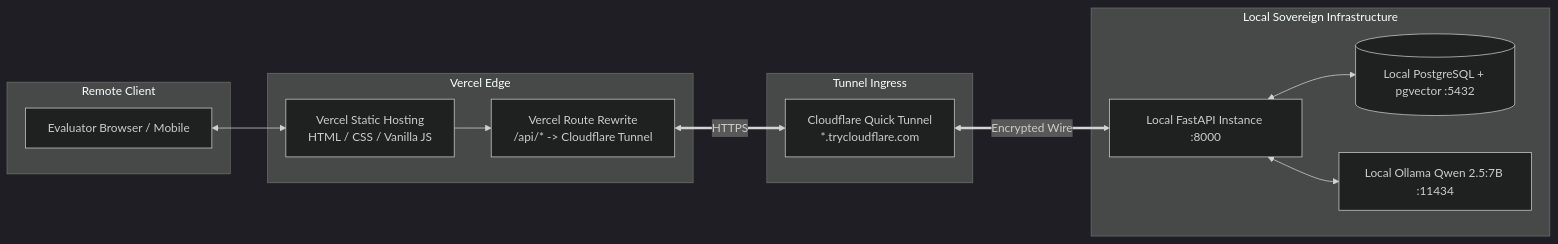
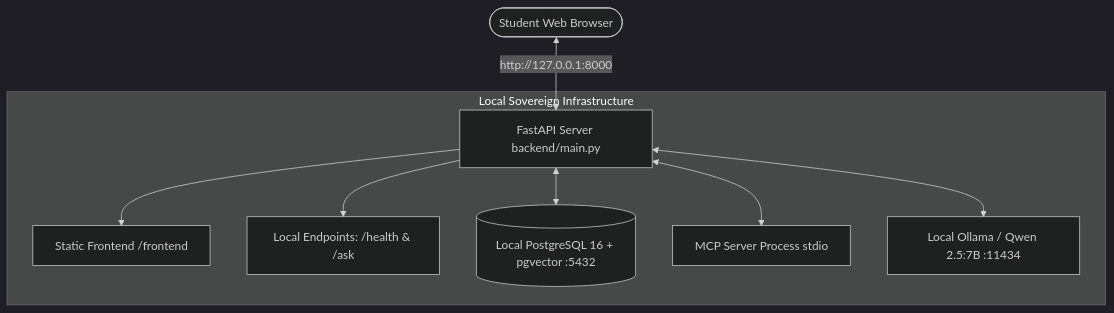
Before and after one commit to vishalsurya00/async-msrit-ai: the eighth of 9 diagrams in README.md, drawn with Mermaid (dark theme). The commit also changed other lines of this file and 2 other files, not shown here.

Commit message:
chore: finalize local frontend configuration

````diff
--- a/README.md
+++ b/README.md
@@ -495,29 +493,12 @@
 ```mermaid
-graph LR
-    subgraph Remote Client
-        ClientBrowser[Evaluator Browser / Mobile]
-    end
-    
-    subgraph Vercel Edge
-        VercelFrontend[Vercel Static Hosting<br/>HTML / CSS / Vanilla JS]
-        VercelRewrite[Vercel Route Rewrite<br/>/api/* -> Cloudflare Tunnel]
-        VercelFrontend --> VercelRewrite
-    end
-    
-    subgraph Tunnel Ingress
-        CFTunnel[Cloudflare Quick Tunnel<br/>*.trycloudflare.com]
-    end
+graph TD
+    Browser([Student Web Browser]) <--> |http://127.0.0.1:8000| FastAPI[FastAPI Server backend/main.py]
     
     subgraph Local Sovereign Infrastructure
-        LocalAPI[Local FastAPI Instance :8000]
-        LocalDB[(Local PostgreSQL + pgvector :5432)]
-        LocalOllama[Local Ollama Qwen 2.5:7B :11434]
-        
-        LocalAPI <--> LocalDB
-        LocalAPI <--> LocalOllama
+        FastAPI --> StaticUI[Static Frontend /frontend]
+        FastAPI --> Endpoints[Local Endpoints: /health & /ask]
+        FastAPI <--> Postgres[(Local PostgreSQL 16 + pgvector :5432)]
+        FastAPI <--> MCPServer[MCP Server Process stdio]
+        FastAPI <--> Ollama[Local Ollama / Qwen 2.5:7B :11434]
     end
-    
-    ClientBrowser <--> VercelFrontend
-    VercelRewrite <== HTTPS ==> CFTunnel
-    CFTunnel <== Encrypted Wire ==> LocalAPI
 ```
````
